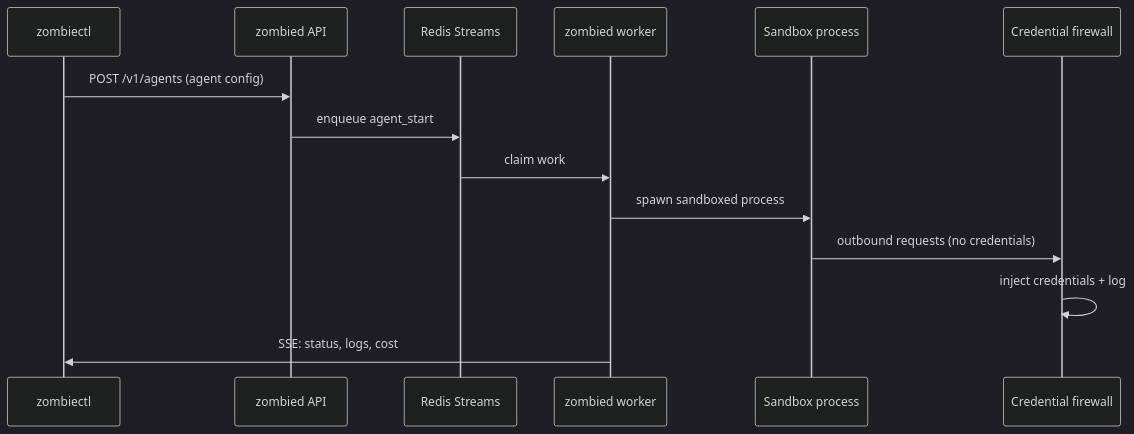
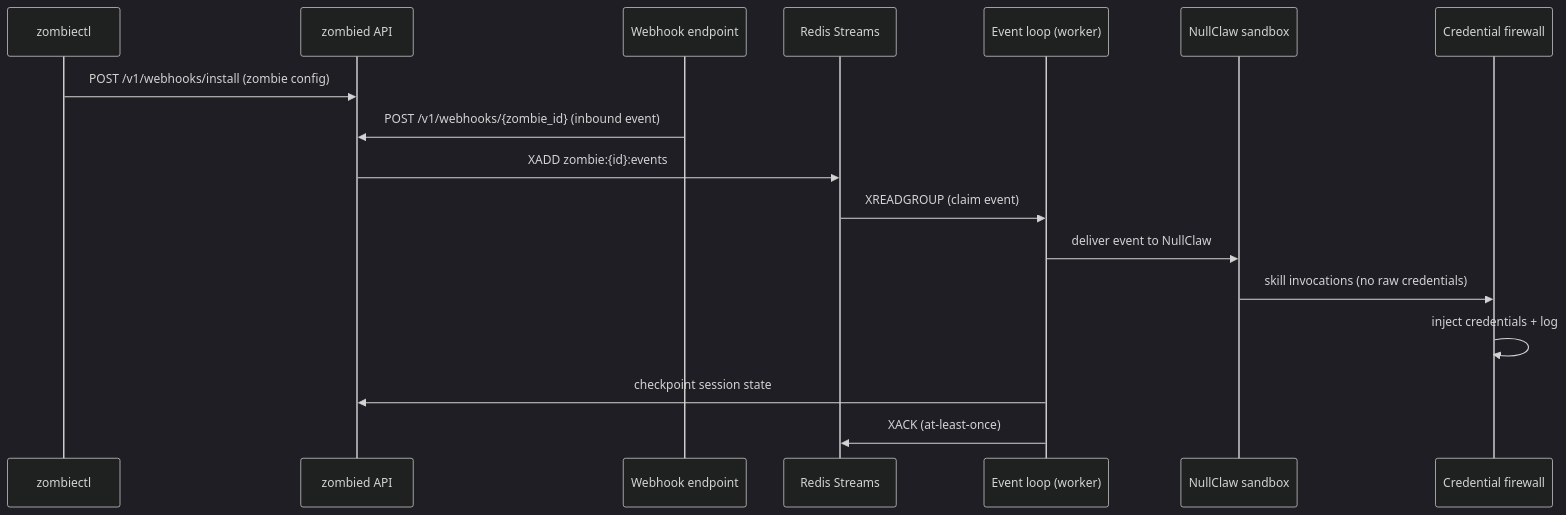
The third of 3 diagrams in how-it-works.mdx (usezombie/docs), drawn with Mermaid (dark theme) before and after one commit. The commit also changed other lines of this file and 4 other files, not shown here.

````diff
--- a/how-it-works.mdx
+++ b/how-it-works.mdx
@@ -71,17 +71,20 @@
 ```mermaid
 sequenceDiagram
     participant CLI as zombiectl
     participant API as zombied API
+    participant WH as Webhook endpoint
     participant Q as Redis Streams
-    participant W as zombied worker
-    participant S as Sandbox process
+    participant EL as Event loop (worker)
+    participant S as NullClaw sandbox
     participant F as Credential firewall
 
-    CLI->>API: POST /v1/agents (agent config)
-    API->>Q: enqueue agent_start
-    Q->>W: claim work
-    W->>S: spawn sandboxed process
-    S->>F: outbound requests (no credentials)
+    CLI->>API: POST /v1/webhooks/install (zombie config)
+    WH->>API: POST /v1/webhooks/{zombie_id} (inbound event)
+    API->>Q: XADD zombie:{id}:events
+    Q->>EL: XREADGROUP (claim event)
+    EL->>S: deliver event to NullClaw
+    S->>F: skill invocations (no raw credentials)
     F->>F: inject credentials + log
-    W->>CLI: SSE: status, logs, cost
+    EL->>API: checkpoint session state
+    EL->>Q: XACK (at-least-once)
 ```
````
